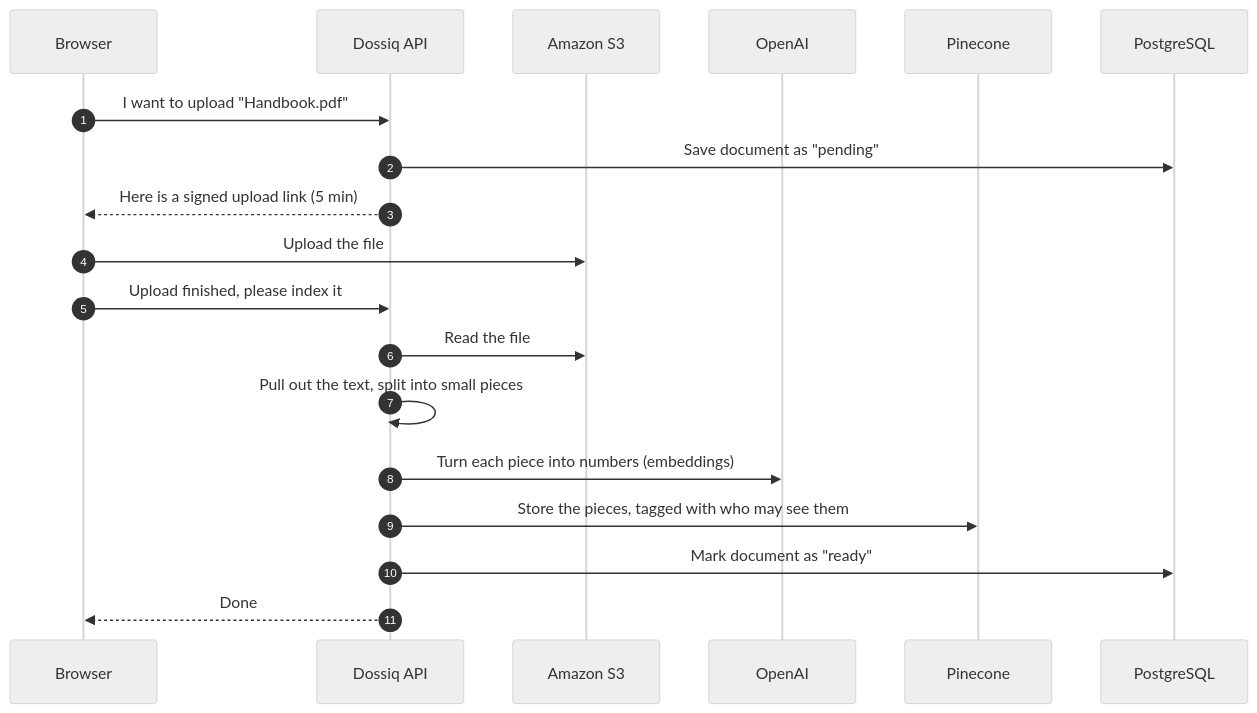
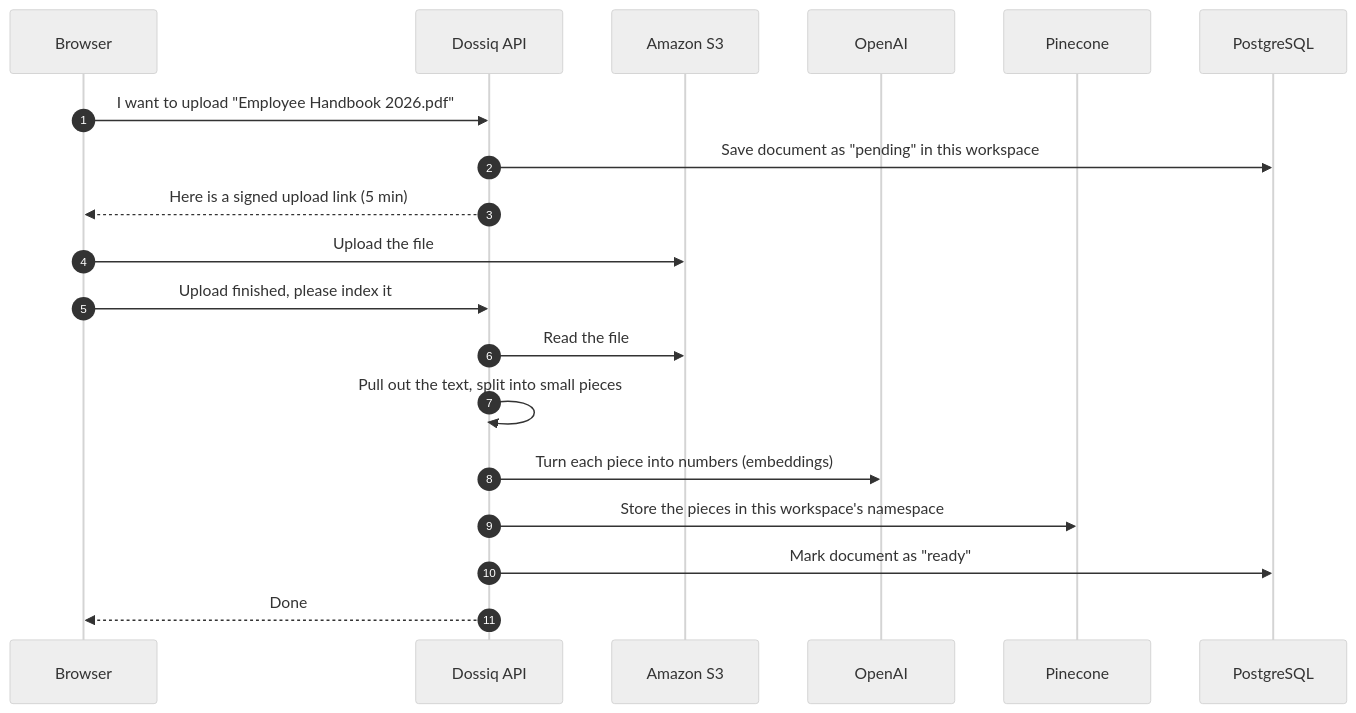
Before and after one commit to syket-git/Dossiq: the third of 5 diagrams in README.md, drawn with Mermaid (neutral theme). The commit also changed other lines of this file and 39 other files, not shown here.

````diff
--- a/README.md
+++ b/README.md
@@ -162,22 +241,22 @@
 ```mermaid
 sequenceDiagram
     autonumber
     participant B as Browser
     participant API as Dossiq API
     participant S3 as Amazon S3
     participant AI as OpenAI
     participant V as Pinecone
     participant DB as PostgreSQL
 
-    B->>API: I want to upload "Handbook.pdf"
-    API->>DB: Save document as "pending"
+    B->>API: I want to upload "Employee Handbook 2026.pdf"
+    API->>DB: Save document as "pending" in this workspace
     API-->>B: Here is a signed upload link (5 min)
     B->>S3: Upload the file
     B->>API: Upload finished, please index it
     API->>S3: Read the file
     API->>API: Pull out the text, split into small pieces
     API->>AI: Turn each piece into numbers (embeddings)
-    API->>V: Store the pieces, tagged with who may see them
+    API->>V: Store the pieces in this workspace's namespace
     API->>DB: Mark document as "ready"
     API-->>B: Done
 ```
````
